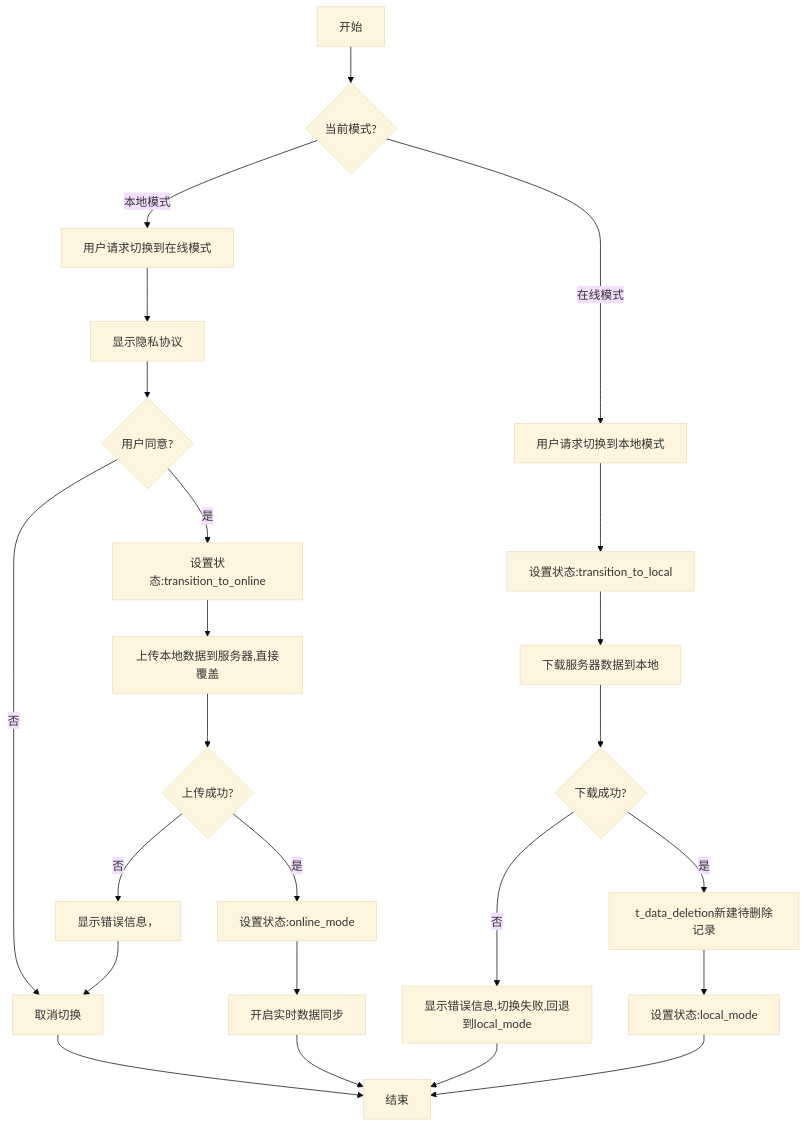
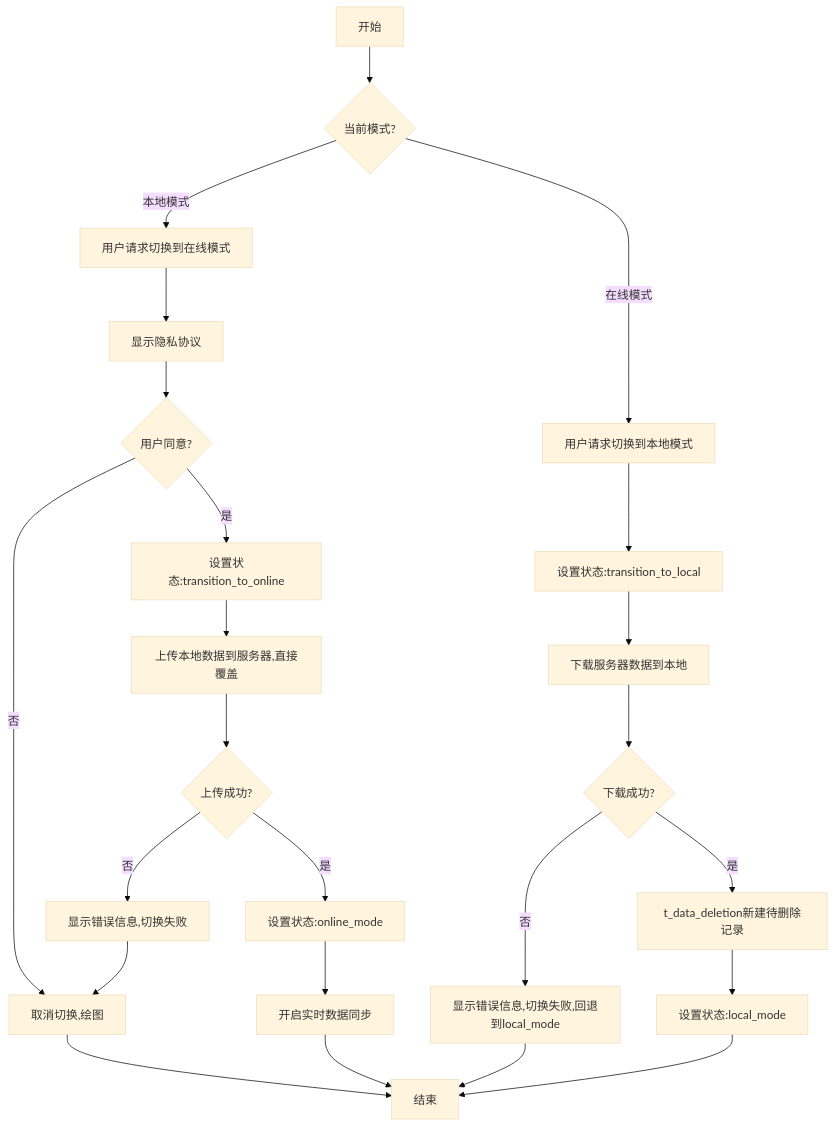
Before and after one commit to yingjianzh/iodraw-files: the diagram in all/未命名-56.md, drawn with Mermaid (base theme).

Commit message:
2025-05-12 10:04:49 update

````diff
--- a/all/未命名-56.md
+++ b/all/未命名-56.md
@@ -1,33 +1,33 @@
 ```mermaid
 
 
 flowchart TD
     A[开始] --> B{当前模式?}
     
     B -->|本地模式| C[用户请求切换到在线模式]
     C --> F[显示隐私协议]
     F --> G{用户同意?}
-    G -->|否| H[取消切换]
+    G -->|否| H[取消切换,绘图]
     H --> Z[结束]
     G -->|是| I[设置状态:transition_to_online]
     I --> O[上传本地数据到服务器,直接覆盖]
     O --> P{上传成功?}
-    P -->|否| Q[显示错误信息，]
+    P -->|否| Q[显示错误信息,切换失败]
     Q --> H
     P -->|是| R[设置状态:online_mode]
     R --> S[开启实时数据同步]
     S --> Z
     
     B -->|在线模式| T[用户请求切换到本地模式]
     T --> U[设置状态:transition_to_local]
     U --> X[下载服务器数据到本地]
     X --> Y{下载成功?}
     Y -->|否| AA2[显示错误信息,切换失败,回退到local_mode]
     AA2 --> Z
     Y -->|是| AB2[t_data_deletion新建待删除记录]
 
 
     AB2 -->AE[设置状态:local_mode]
     AE --> Z
 
 ```
````
